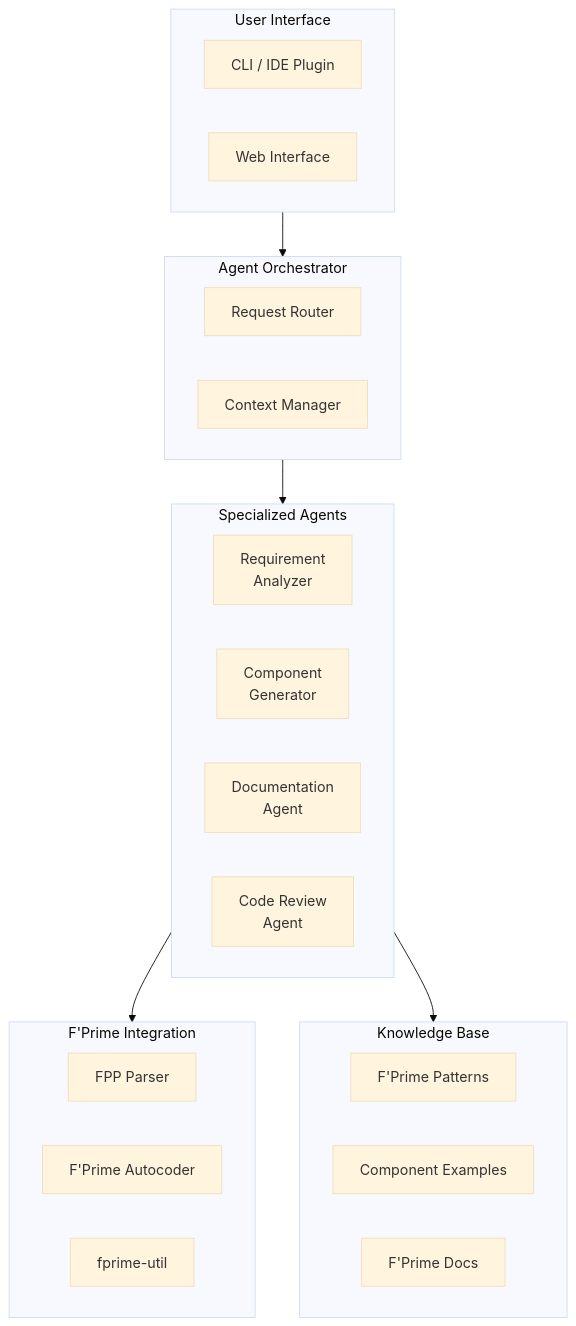
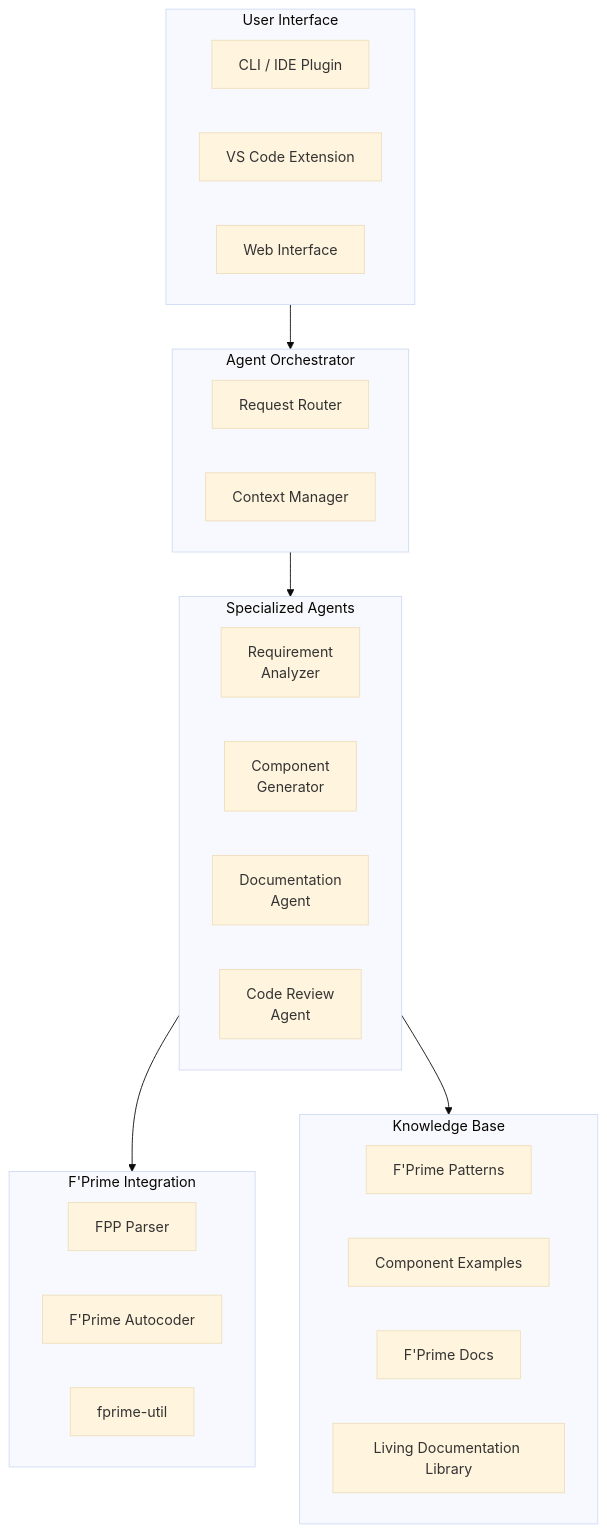
Before and after one commit to Lizo-RoadTown/proveskit-agent: the first of 5 diagrams in pages/technical.md, drawn with Mermaid (base theme). The commit also changed other lines of this file and 4 other files, not shown here.

Commit message:
Add living documentation library and risk scan

````diff
--- a/pages/technical.md
+++ b/pages/technical.md
@@ -16,36 +16,38 @@
 ```mermaid
 graph TB
     subgraph User["User Interface"]
         CLI["CLI / IDE Plugin"]
+        VSCode["VS Code Extension"]
         Web["Web Interface"]
     end
 
     subgraph Orchestrator["Agent Orchestrator"]
         Router["Request Router"]
         Context["Context Manager"]
     end
 
     subgraph Agents["Specialized Agents"]
         ReqAgent["Requirement<br/>Analyzer"]
         GenAgent["Component<br/>Generator"]
         DocAgent["Documentation<br/>Agent"]
         ReviewAgent["Code Review<br/>Agent"]
     end
 
     subgraph FPrime["F'Prime Integration"]
         FPP["FPP Parser"]
         CodeGen["F'Prime Autocoder"]
         Build["fprime-util"]
     end
 
     subgraph Knowledge["Knowledge Base"]
         Patterns["F'Prime Patterns"]
         Examples["Component Examples"]
         Docs["F'Prime Docs"]
+        Library["Living Documentation Library"]
     end
 
     User --> Orchestrator
     Orchestrator --> Agents
     Agents --> FPrime
     Agents --> Knowledge
 ```
````
